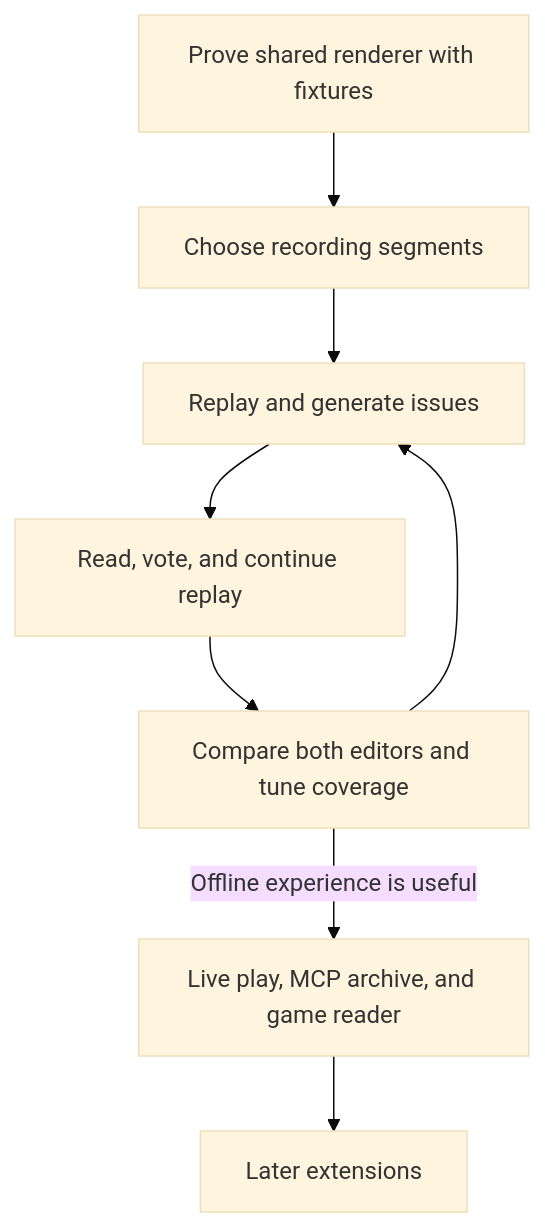
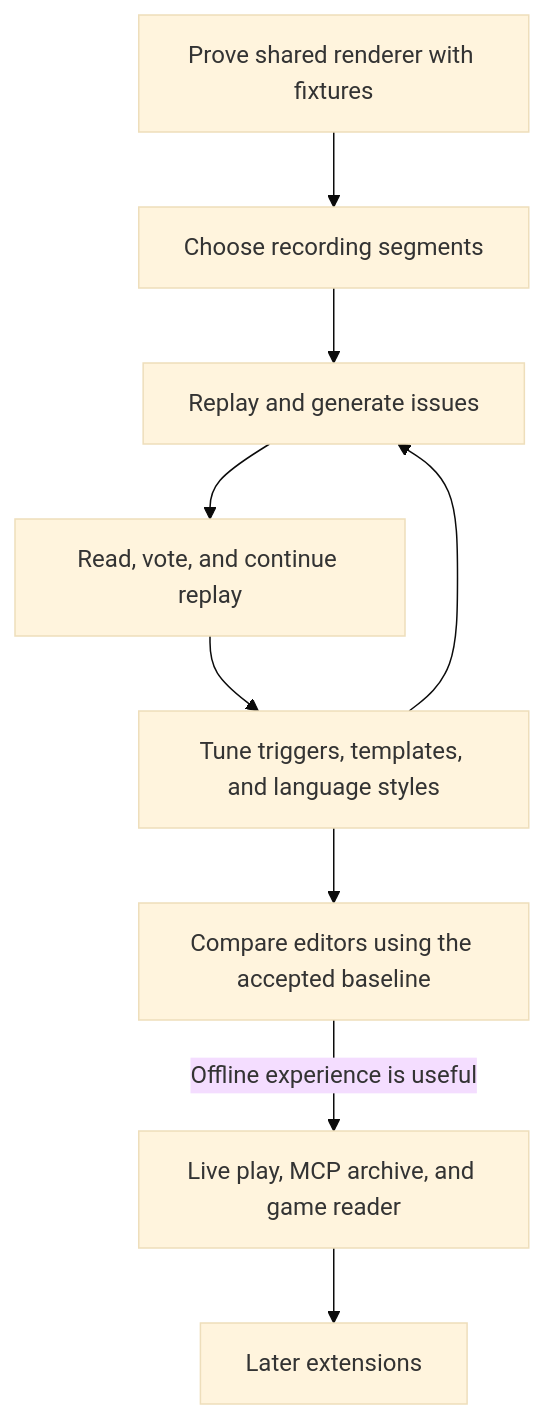
The third of 3 diagrams in docs/plans/newspaper/spec.md (vox-deorum/vox-deorum), drawn with Mermaid (base theme) before and after one commit. The commit also changed other lines of this file and 15 other files, not shown here.

````diff
--- a/docs/plans/newspaper/spec.md
+++ b/docs/plans/newspaper/spec.md
@@ -427,10 +428,11 @@
 ```mermaid
 flowchart TD
     R[Prove shared renderer with fixtures] --> A
     A[Choose recording segments] --> B[Replay and generate issues]
     B --> C[Read, vote, and continue replay]
-    C --> D[Compare both editors and tune coverage]
+    C --> D[Tune triggers, templates, and language styles]
     D --> B
-    D -->|Offline experience is useful| E[Live play, MCP archive, and game reader]
+    D --> M[Compare editors using the accepted baseline]
+    M -->|Offline experience is useful| E[Live play, MCP archive, and game reader]
     E --> F[Later extensions]
 ```
````
